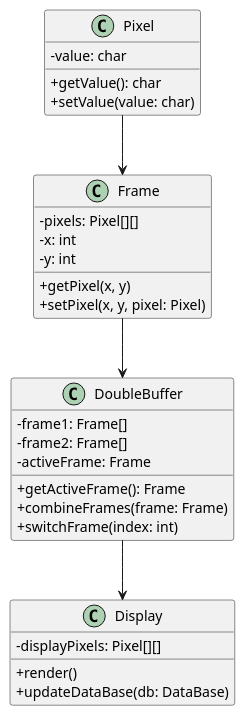
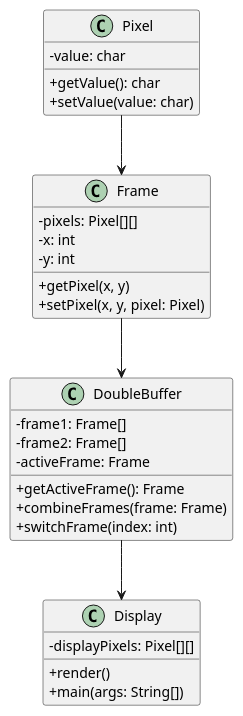
Before and after one commit to mmasias/24-25-EDA2: the diagram in entregas/rodriguezJavier/Reto-001/diagrama.puml, drawn with PlantUML. The commit also changed 2 other files, not shown here.

```diff
--- a/entregas/rodriguezJavier/Reto-001/diagrama.puml
+++ b/entregas/rodriguezJavier/Reto-001/diagrama.puml
@@ -1,37 +1,37 @@
 @startuml
 skinparam classAttributeIconSize 0
 
 class Pixel {
     - value: char
     + getValue(): char
     + setValue(value: char)
 }
 
 class Frame {
     - pixels: Pixel[][]
     - x: int
     - y: int
     + getPixel(x, y)
     + setPixel(x, y, pixel: Pixel)
 }
 
 class DoubleBuffer {
     - frame1: Frame[]
     - frame2: Frame[]
     - activeFrame: Frame
     + getActiveFrame(): Frame
     + combineFrames(frame: Frame)
     + switchFrame(index: int)
 }
 
 class Display {
     - displayPixels: Pixel[][]
     + render()
-    + updateDataBase(db: DataBase)
+    + main(args: String[])
 }
 
 Pixel --> Frame
 Frame --> DoubleBuffer
 DoubleBuffer --> Display
 
 @enduml
```
